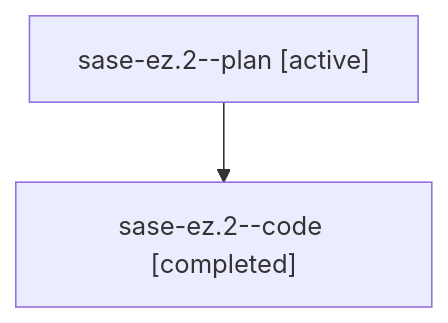
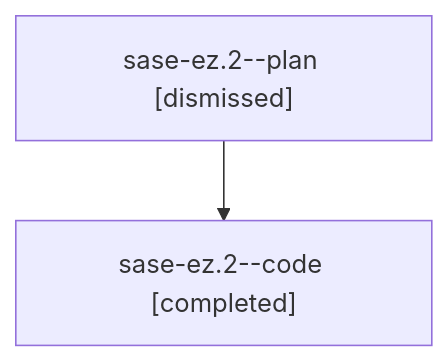
Before and after one commit to sase-org/sase--agents: the diagram in sessions/bbugyi200.athena.sase-ez.2.md, drawn with Mermaid. The commit also changed other lines of this file and 66 other files, not shown here.

````diff
--- a/sessions/bbugyi200.athena.sase-ez.2.md
+++ b/sessions/bbugyi200.athena.sase-ez.2.md
@@ -9,6 +9,6 @@
 ```mermaid
 flowchart TD
-  n0["sase-ez.2--plan [active]"]
+  n0["sase-ez.2--plan [dismissed]"]
   n1["sase-ez.2--code [completed]"]
   n0 --> n1
 ```
````
